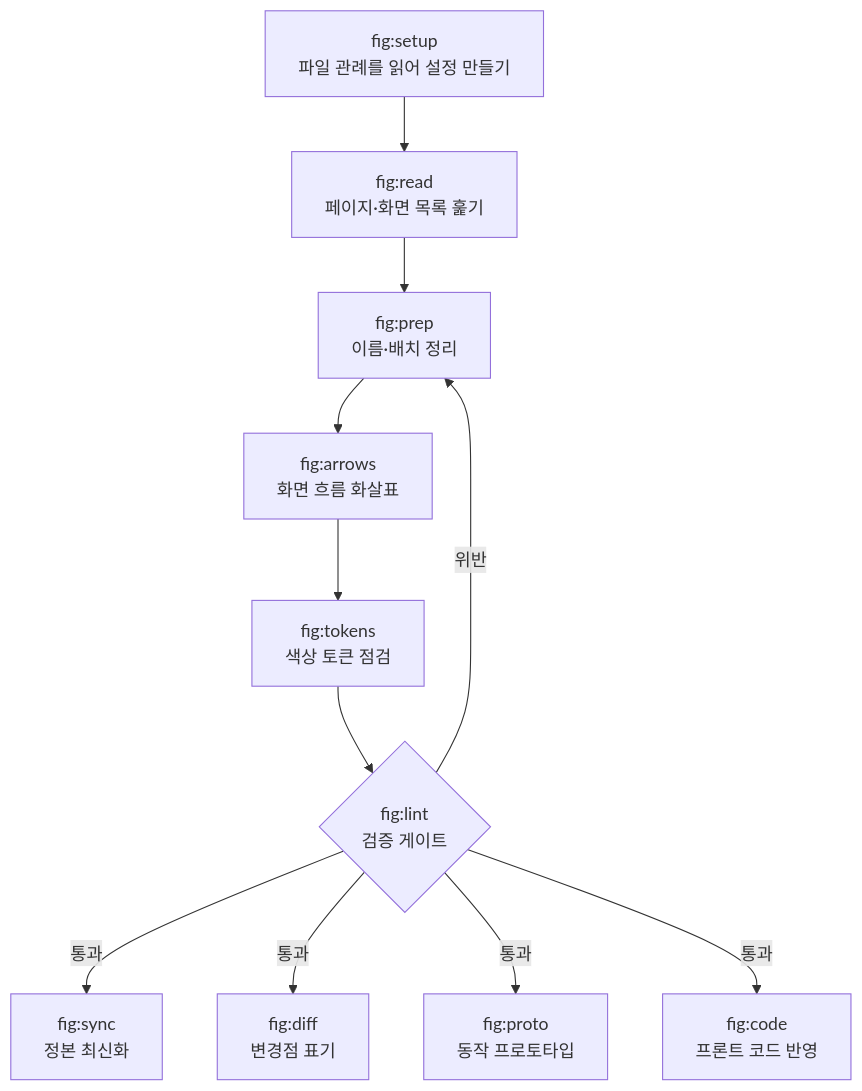
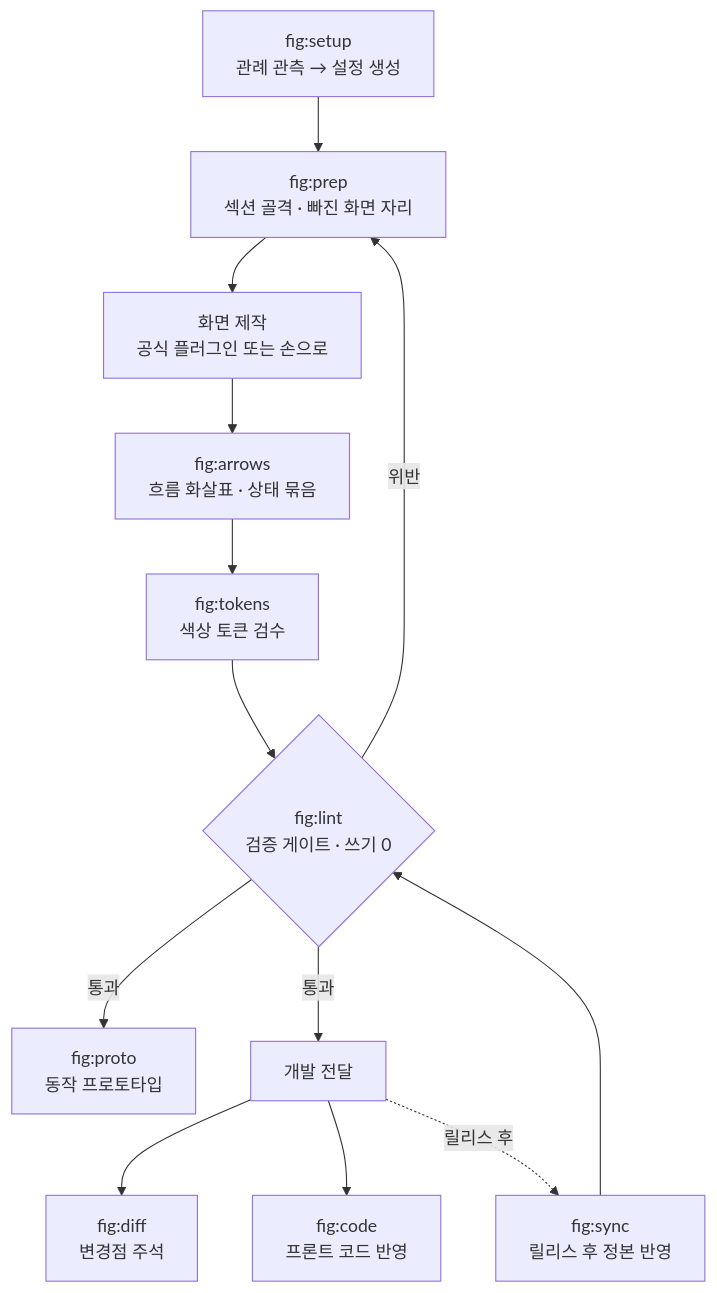
Before and after one commit to byjunyoung/claude-figma-skills: the diagram in README.md, drawn with Mermaid. The commit also changed other lines of this file, not shown here.

````diff
--- a/README.md
+++ b/README.md
@@ -37,20 +113,23 @@
 ```mermaid
 flowchart TD
-    setup["fig:setup<br/>파일 관례를 읽어 설정 만들기"]
-    read["fig:read<br/>페이지·화면 목록 훑기"]
-    prep["fig:prep<br/>이름·배치 정리"]
-    arrows["fig:arrows<br/>화면 흐름 화살표"]
-    tokens["fig:tokens<br/>색상 토큰 점검"]
-    lint{"fig:lint<br/>검증 게이트"}
-    sync["fig:sync<br/>정본 최신화"]
-    diff["fig:diff<br/>변경점 표기"]
+    setup["fig:setup<br/>관례 관측 → 설정 생성"]
+    prep["fig:prep<br/>섹션 골격 · 빠진 화면 자리"]
+    draw["화면 제작<br/>공식 플러그인 또는 손으로"]
+    arrows["fig:arrows<br/>흐름 화살표 · 상태 묶음"]
+    tokens["fig:tokens<br/>색상 토큰 검수"]
+    lint{"fig:lint<br/>검증 게이트 · 쓰기 0"}
     proto["fig:proto<br/>동작 프로토타입"]
+    handoff["개발 전달"]
+    diff["fig:diff<br/>변경점 주석"]
     code["fig:code<br/>프론트 코드 반영"]
+    sync["fig:sync<br/>릴리스 후 정본 반영"]
 
-    setup --> read --> prep --> arrows --> tokens --> lint
+    setup --> prep --> draw --> arrows --> tokens --> lint
     lint -- 위반 --> prep
-    lint -- 통과 --> sync
-    lint -- 통과 --> diff
     lint -- 통과 --> proto
-    lint -- 통과 --> code
+    lint -- 통과 --> handoff
+    handoff --> diff
+    handoff --> code
+    handoff -. 릴리스 후 .-> sync
+    sync --> lint
 ```
````
